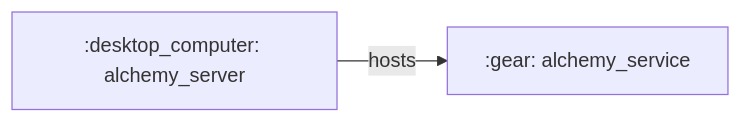
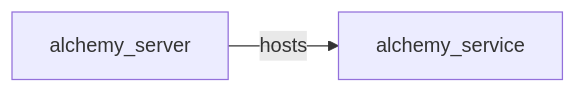
One commit to ThanuMahee12/AgentContext changed the seventh of 22 diagrams in docs/brainstorms/investigation-db.md. Above: the diagram before and after it, drawn with Mermaid. The commit also changed other lines of this file, not shown here.

Commit message:
docs: remove emoji shortcodes from mermaid diagrams

````diff
--- a/docs/brainstorms/investigation-db.md
+++ b/docs/brainstorms/investigation-db.md
@@ -170,4 +170,4 @@
 ```mermaid
 flowchart LR
-    S[":desktop_computer: alchemy_server"] -->|hosts| SVC[":gear: alchemy_service"]
+    S["alchemy_server"] -->|hosts| SVC["alchemy_service"]
 ```
````
